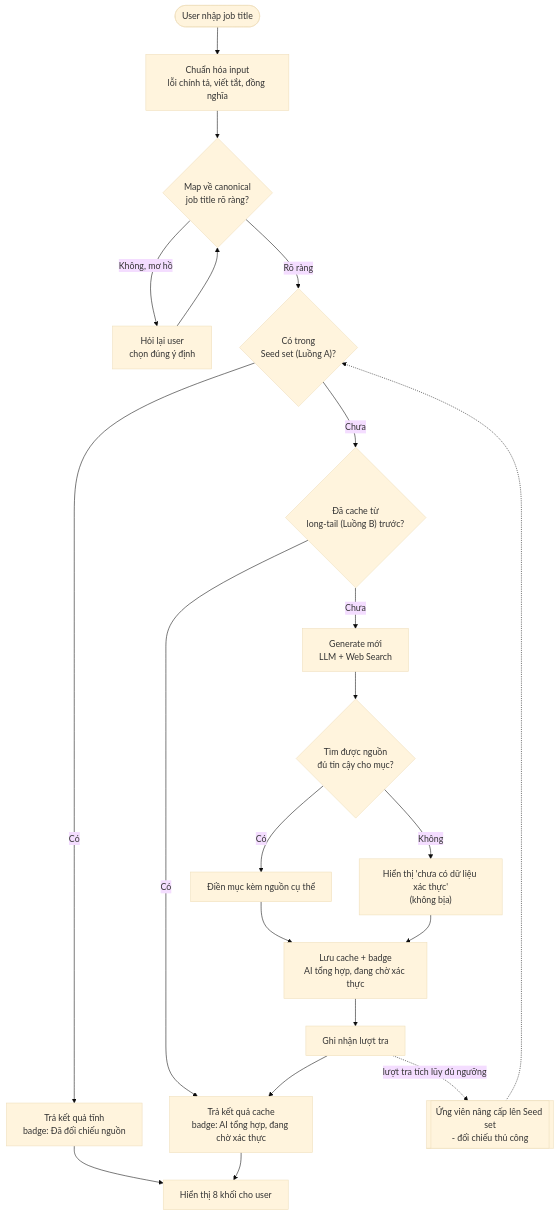
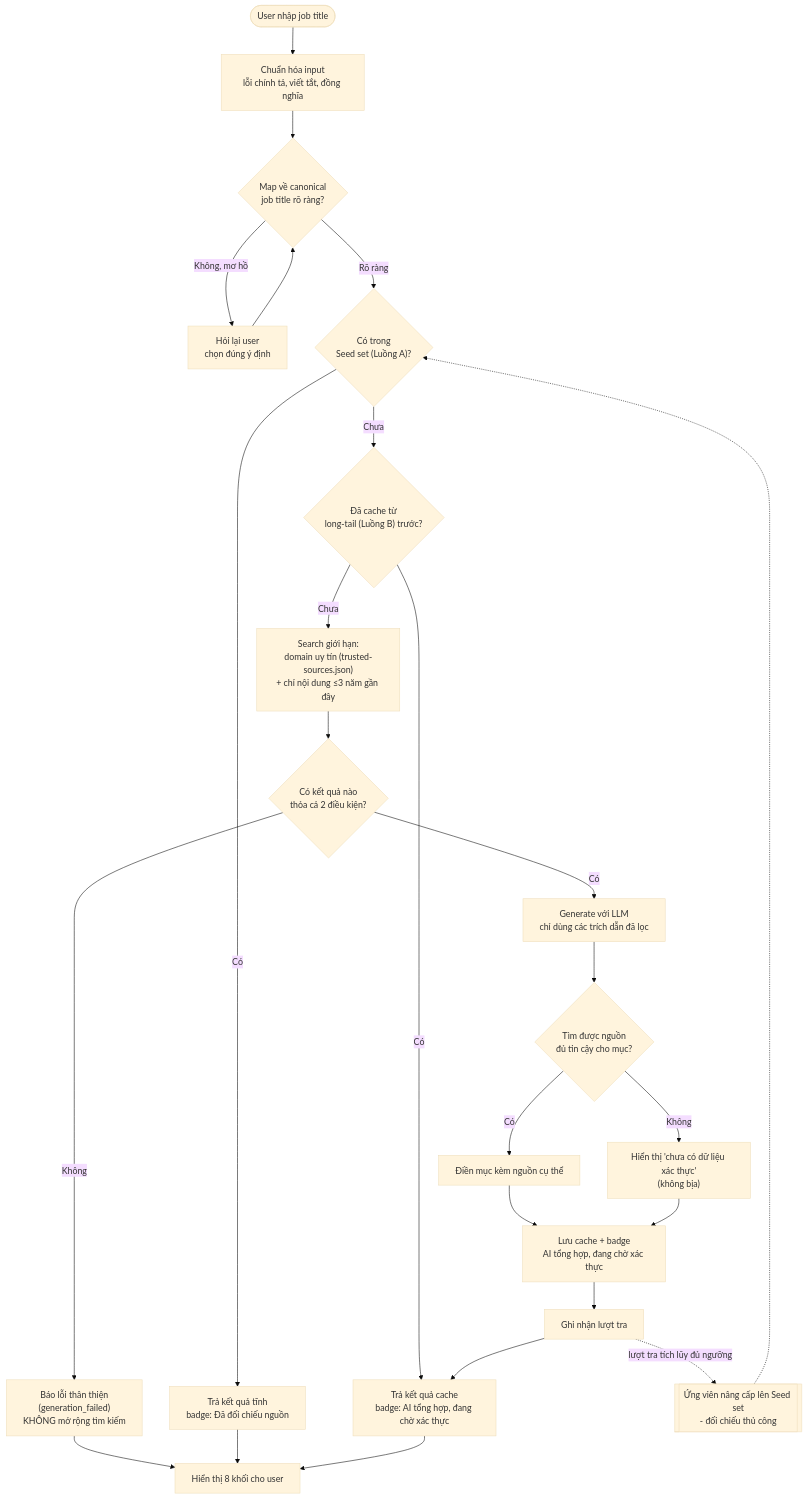
The second of 2 diagrams in docs/superpowers/specs/2026-09-16-career-job-lookup-design.md (ThaoHienPhamNguyen/Career-Ver2), drawn with Mermaid (base theme) before and after one commit. The commit also changed other lines of this file, not shown here.

First line of the commit message:
docs: update design spec for trusted-source search restriction

````diff
--- a/docs/superpowers/specs/2026-09-16-career-job-lookup-design.md
+++ b/docs/superpowers/specs/2026-09-16-career-job-lookup-design.md
@@ -170,24 +183,28 @@
 ```mermaid
 flowchart TD
     Start(["User nhập job title"]) --> Norm["Chuẩn hóa input<br/>lỗi chính tả, viết tắt, đồng nghĩa"]
     Norm --> Canon{"Map về canonical<br/>job title rõ ràng?"}
     Canon -- "Không, mơ hồ" --> Ask["Hỏi lại user<br/>chọn đúng ý định"]
     Ask --> Canon
     Canon -- "Rõ ràng" --> CheckSeed{"Có trong<br/>Seed set (Luồng A)?"}
     CheckSeed -- "Có" --> ReturnSeed["Trả kết quả tĩnh<br/>badge: Đã đối chiếu nguồn"]
     CheckSeed -- "Chưa" --> CheckCache{"Đã cache từ<br/>long-tail (Luồng B) trước?"}
     CheckCache -- "Có" --> ReturnCache["Trả kết quả cache<br/>badge: AI tổng hợp, đang chờ xác thực"]
-    CheckCache -- "Chưa" --> Generate["Generate mới<br/>LLM + Web Search"]
+    CheckCache -- "Chưa" --> TrustedSearch["Search giới hạn:<br/>domain uy tín (trusted-sources.json)<br/>+ chỉ nội dung ≤3 năm gần đây"]
+    TrustedSearch --> HasResults{"Có kết quả nào<br/>thỏa cả 2 điều kiện?"}
+    HasResults -- "Không" --> GenFailed["Báo lỗi thân thiện<br/>(generation_failed)<br/>KHÔNG mở rộng tìm kiếm"]
+    GenFailed --> Render
+    HasResults -- "Có" --> Generate["Generate với LLM<br/>chỉ dùng các trích dẫn đã lọc"]
     Generate --> Cite{"Tìm được nguồn<br/>đủ tin cậy cho mục?"}
     Cite -- "Có" --> FillCited["Điền mục kèm nguồn cụ thể"]
     Cite -- "Không" --> FillEmpty["Hiển thị 'chưa có dữ liệu xác thực'<br/>(không bịa)"]
     FillCited --> SaveCache["Lưu cache + badge<br/>AI tổng hợp, đang chờ xác thực"]
     FillEmpty --> SaveCache
     SaveCache --> LogView["Ghi nhận lượt tra"]
     LogView --> ReturnCache
     ReturnSeed --> Render["Hiển thị 8 khối cho user"]
     ReturnCache --> Render
 
     LogView -.->|"lượt tra tích lũy đủ ngưỡng"| Upgrade[["Ứng viên nâng cấp lên Seed set<br/>- đối chiếu thủ công"]]
     Upgrade -.-> CheckSeed
 ```
````
